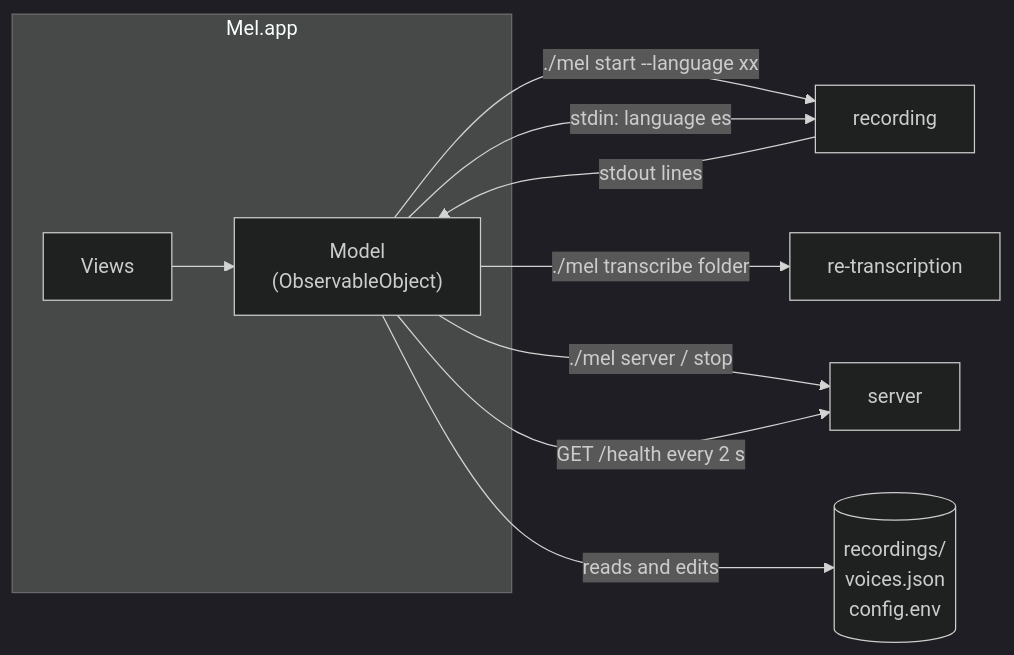
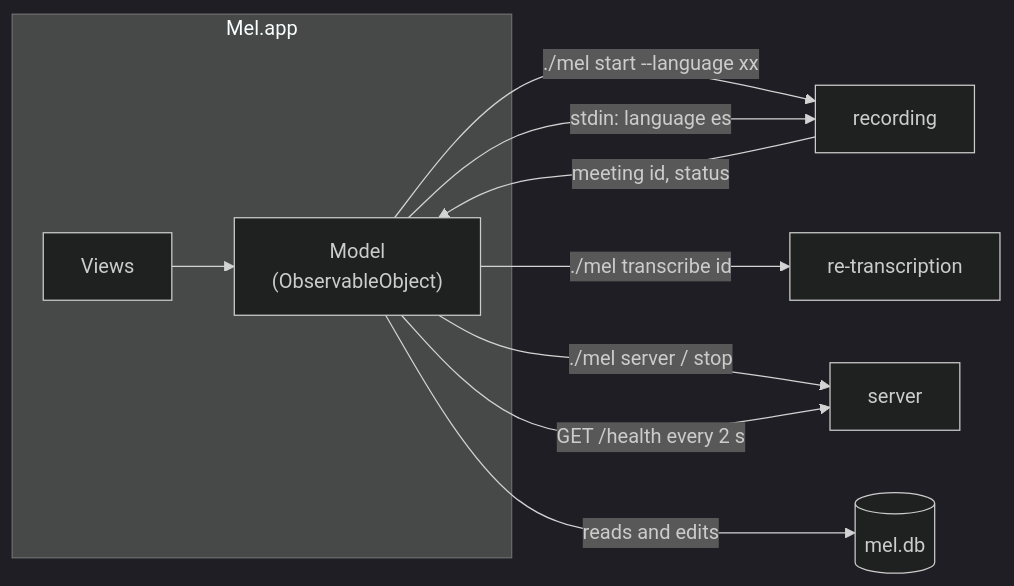
Before and after one commit to diegoquezadac/mel: the diagram in docs/app.md, drawn with Mermaid (dark theme). The commit also changed other lines of this file and 21 other files, not shown here.

````diff
--- a/docs/app.md
+++ b/docs/app.md
@@ -9,15 +9,15 @@
 ```mermaid
 flowchart LR
     subgraph app["Mel.app"]
         model["Model<br/>(ObservableObject)"]
         views["Views"]
     end
     model -- "./mel start --language xx" --> rec["recording"]
-    rec -- "stdout lines" --> model
+    rec -- "meeting id, status" --> model
     model -- "stdin: language es" --> rec
-    model -- "./mel transcribe folder" --> tr["re-transcription"]
+    model -- "./mel transcribe id" --> tr["re-transcription"]
     model -- "./mel server / stop" --> srv["server"]
     model -- "GET /health every 2 s" --> srv
-    model -- "reads and edits" --> files[("recordings/<br/>voices.json<br/>config.env")]
+    model -- "reads and edits" --> files[("mel.db")]
     views --> model
 ```
````
